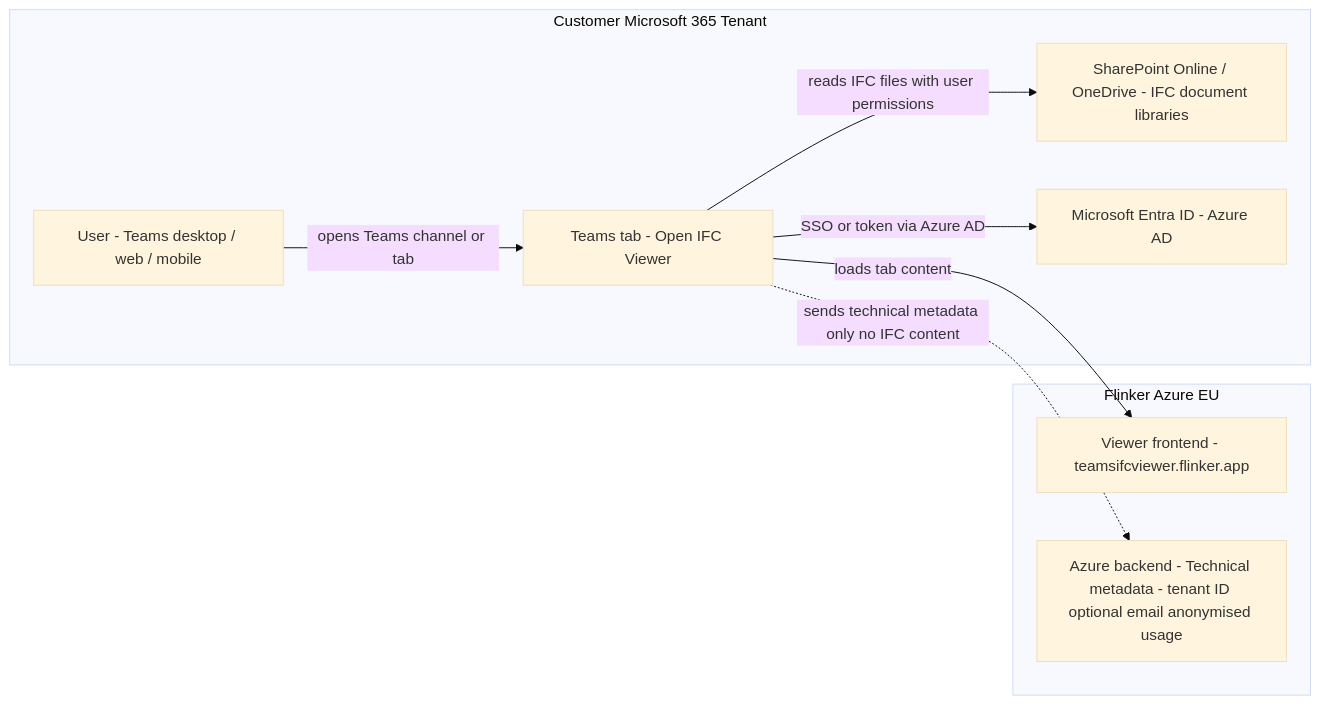
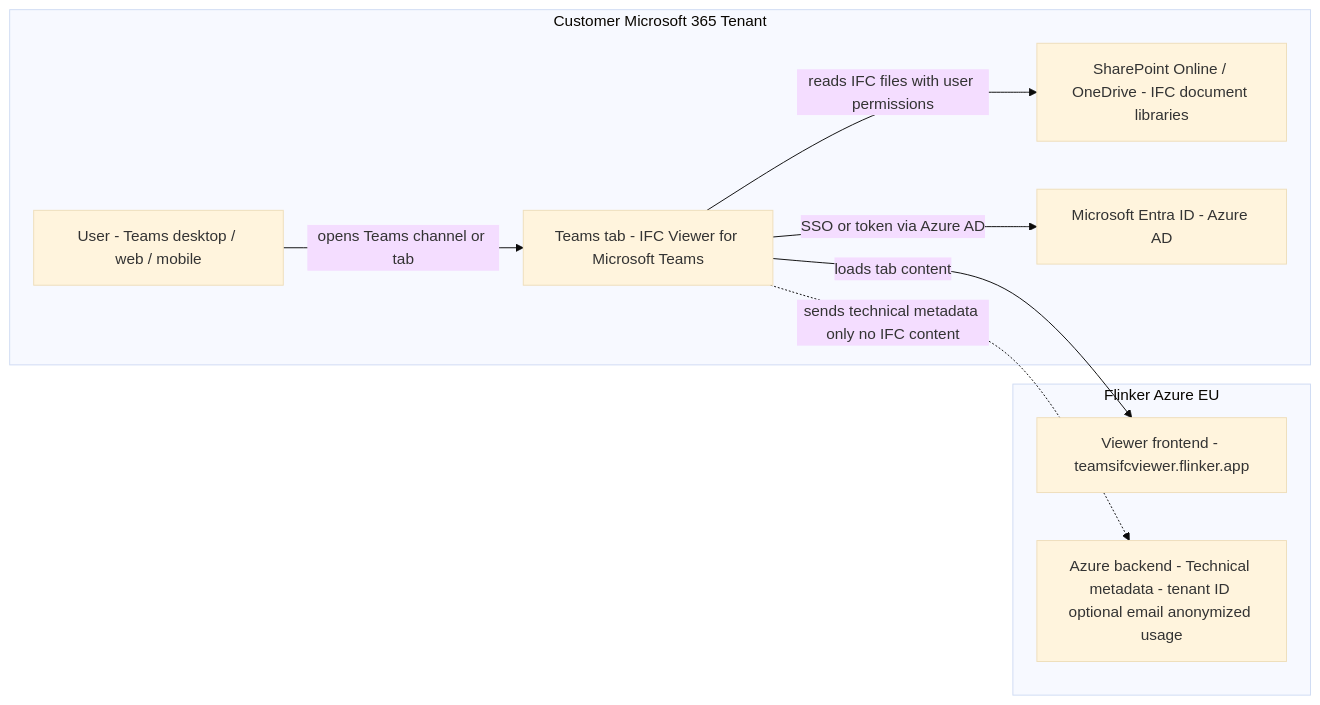
Before and after one commit to flinker-app/docsfx: the diagram in docs/open-ifc-viewer-teams-architecture-and-data-protection.md, drawn with Mermaid (base theme). The commit also changed other lines of this file and 85 other files, not shown here.

````diff
--- a/docs/open-ifc-viewer-teams-architecture-and-data-protection.md
+++ b/docs/open-ifc-viewer-teams-architecture-and-data-protection.md
@@ -117,20 +117,20 @@
 ```mermaid
 flowchart LR
   subgraph Tenant [Customer Microsoft 365 Tenant]
     User[User - Teams desktop / web / mobile]
-    TeamsTab[Teams tab - Open IFC Viewer]
+    TeamsTab[Teams tab - IFC Viewer for Microsoft Teams]
     SharePoint[SharePoint Online / OneDrive - IFC document libraries]
     EntraID[Microsoft Entra ID - Azure AD]
   end
 
   subgraph Flinker [Flinker Azure EU]
     ViewerFE[Viewer frontend - teamsifcviewer.flinker.app]
-    Backend[Azure backend - Technical metadata - tenant ID optional email anonymised usage]
+    Backend[Azure backend - Technical metadata - tenant ID optional email anonymized usage]
   end
 
   User -->|opens Teams channel or tab| TeamsTab
   TeamsTab -->|loads tab content| ViewerFE
   TeamsTab -->|SSO or token via Azure AD| EntraID
   TeamsTab -->|reads IFC files with user permissions| SharePoint
   TeamsTab -.->|sends technical metadata only no IFC content| Backend
 ```
````
